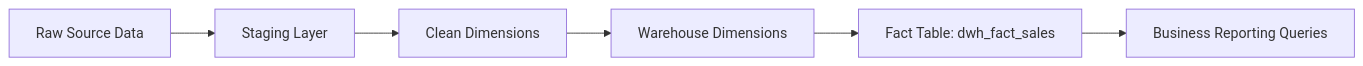
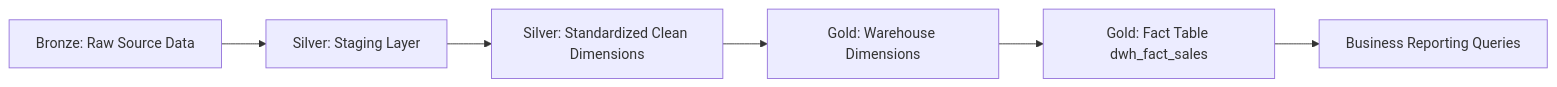
The first of 2 diagrams in README.md (kamohelomolotsi1-svg/Bright_Mart_Boipelo_Molotsi), drawn with Mermaid before and after one commit. The commit also changed other lines of this file, not shown here.

Commit message:
Updating README with SSIS medallion architecture structure

````diff
--- a/README.md
+++ b/README.md
@@ -57,8 +60,8 @@
 ```mermaid
 flowchart LR
-    A[Raw Source Data] --> B[Staging Layer]
-    B --> C[Clean Dimensions]
-    C --> D[Warehouse Dimensions]
-    D --> E[Fact Table: dwh_fact_sales]
+    A[Bronze: Raw Source Data] --> B[Silver: Staging Layer]
+    B --> C[Silver: Standardized Clean Dimensions]
+    C --> D[Gold: Warehouse Dimensions]
+    D --> E[Gold: Fact Table dwh_fact_sales]
     E --> F[Business Reporting Queries]
 ```
````
